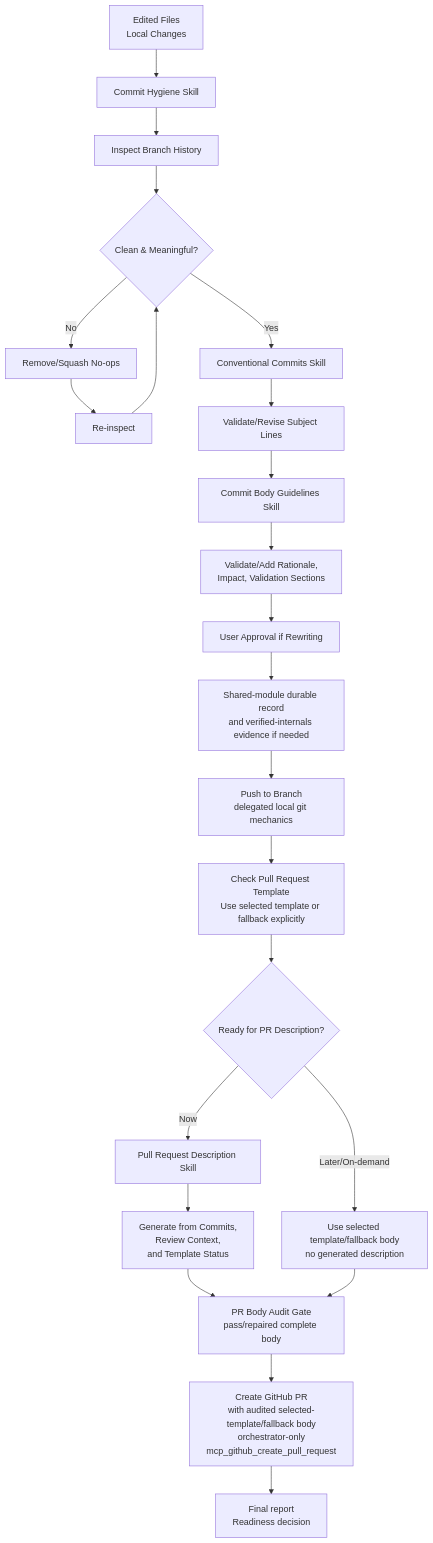
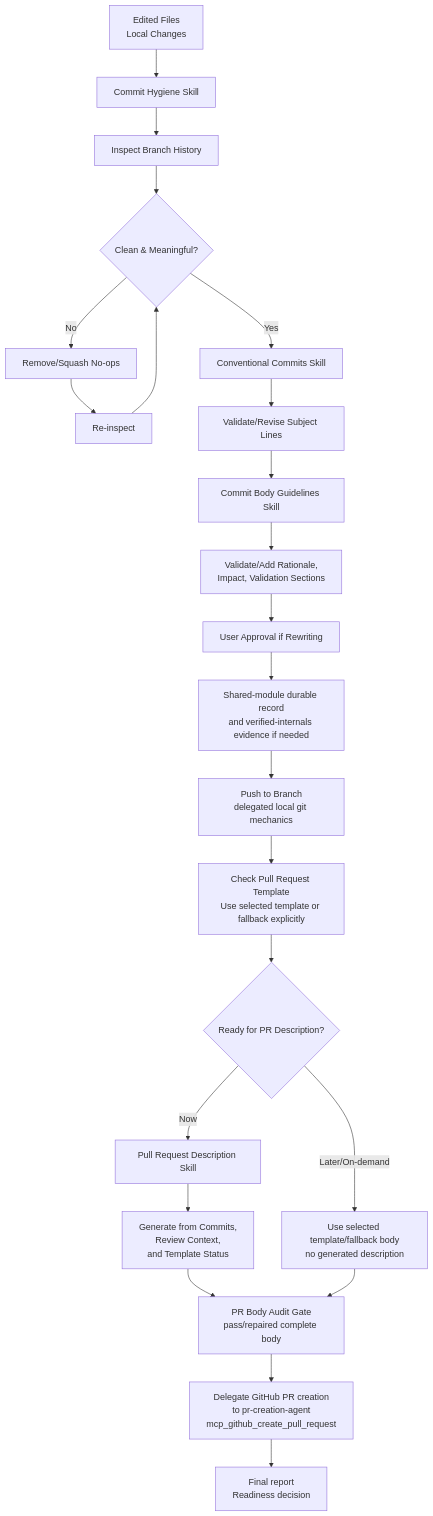
The seventh of 7 diagrams in agentic-engineering/docs/README.md (sjinks/agentic-engineering-pack), drawn with Mermaid before and after one commit. The commit also changed other lines of this file and 7 other files, not shown here.

First line of the commit message:
fix(workflows): align GitHub role split contracts

````diff
--- a/agentic-engineering/docs/README.md
+++ b/agentic-engineering/docs/README.md
@@ -303,25 +303,25 @@
 ```mermaid
 graph TD
     A["Edited Files<br/>Local Changes"] --> B["Commit Hygiene Skill"]
     B --> C["Inspect Branch History"]
     C --> D{Clean & Meaningful?}
     D -->|No| E["Remove/Squash No-ops"]
     E --> F["Re-inspect"]
     F --> D
     D -->|Yes| G["Conventional Commits Skill"]
     G --> H["Validate/Revise Subject Lines"]
     H --> I["Commit Body Guidelines Skill"]
     I --> J["Validate/Add Rationale,<br/>Impact, Validation Sections"]
     J --> K["User Approval if Rewriting"]
     K --> L["Shared-module durable record<br/>and verified-internals evidence if needed"]
     L --> M["Push to Branch<br/>delegated local git mechanics"]
     M --> N["Check Pull Request Template<br/>Use selected template or fallback explicitly"]
     N --> O{Ready for PR Description?}
     O -->|Later/On-demand| P["Use selected template/fallback body<br/>no generated description"]
     O -->|Now| Q["Pull Request Description Skill"]
     Q --> R["Generate from Commits,<br/>Review Context,<br/>and Template Status"]
     R --> S["PR Body Audit Gate<br/>pass/repaired complete body"]
     P --> S
-    S --> T["Create GitHub PR<br/>with audited selected-template/fallback body<br/>orchestrator-only<br/>mcp_github_create_pull_request"]
+    S --> T["Delegate GitHub PR creation<br/>to pr-creation-agent<br/>mcp_github_create_pull_request"]
     T --> U["Final report<br/>Readiness decision"]
 ```
````
